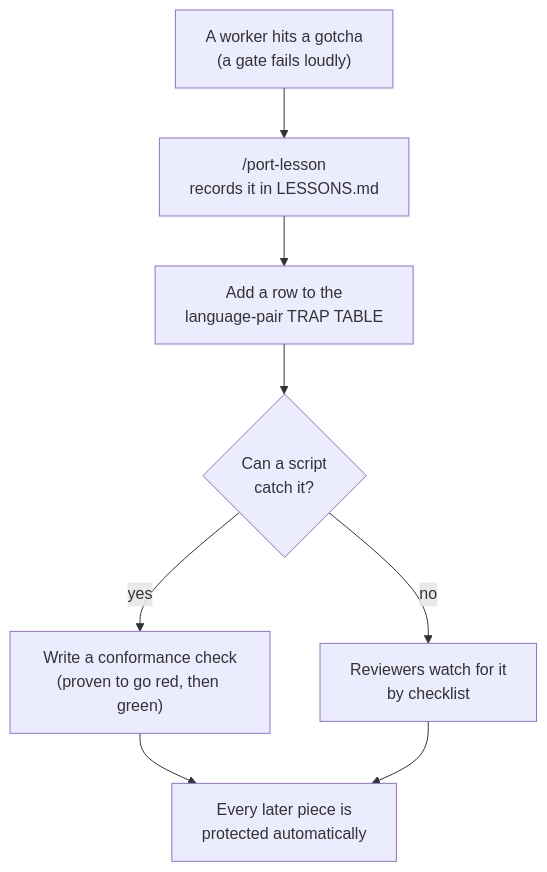
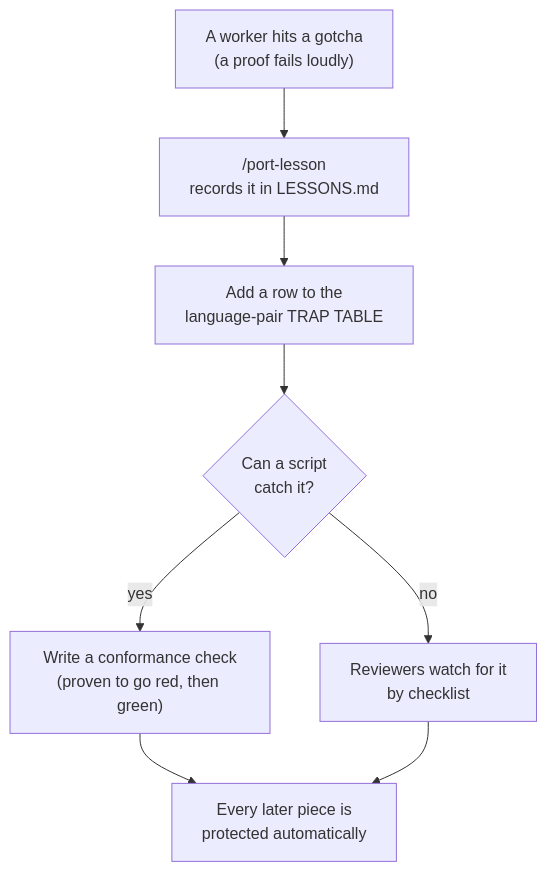
One commit to ecmwf/chisel changed the fourth of 6 diagrams in methodology.md. Above: the diagram before and after it, drawn with Mermaid. The commit also changed other lines of this file and 113 other files, not shown here.

First line of the commit message:
refactor: rename gate / gated to proof / proven across the methodology

````diff
--- a/methodology.md
+++ b/methodology.md
@@ -209,10 +209,10 @@
 ```mermaid
 flowchart TD
-  BUG["A worker hits a gotcha<br/>(a gate fails loudly)"] --> L["/port-lesson<br/>records it in LESSONS.md"]
+  BUG["A worker hits a gotcha<br/>(a proof fails loudly)"] --> L["/port-lesson<br/>records it in LESSONS.md"]
   L --> T["Add a row to the<br/>language-pair TRAP TABLE"]
   T --> C{"Can a script<br/>catch it?"}
   C -- yes --> CHK["Write a conformance check<br/>(proven to go red, then green)"]
   C -- no --> RV["Reviewers watch for it<br/>by checklist"]
   CHK --> NEXT["Every later piece is<br/>protected automatically"]
   RV --> NEXT
 ```
````
